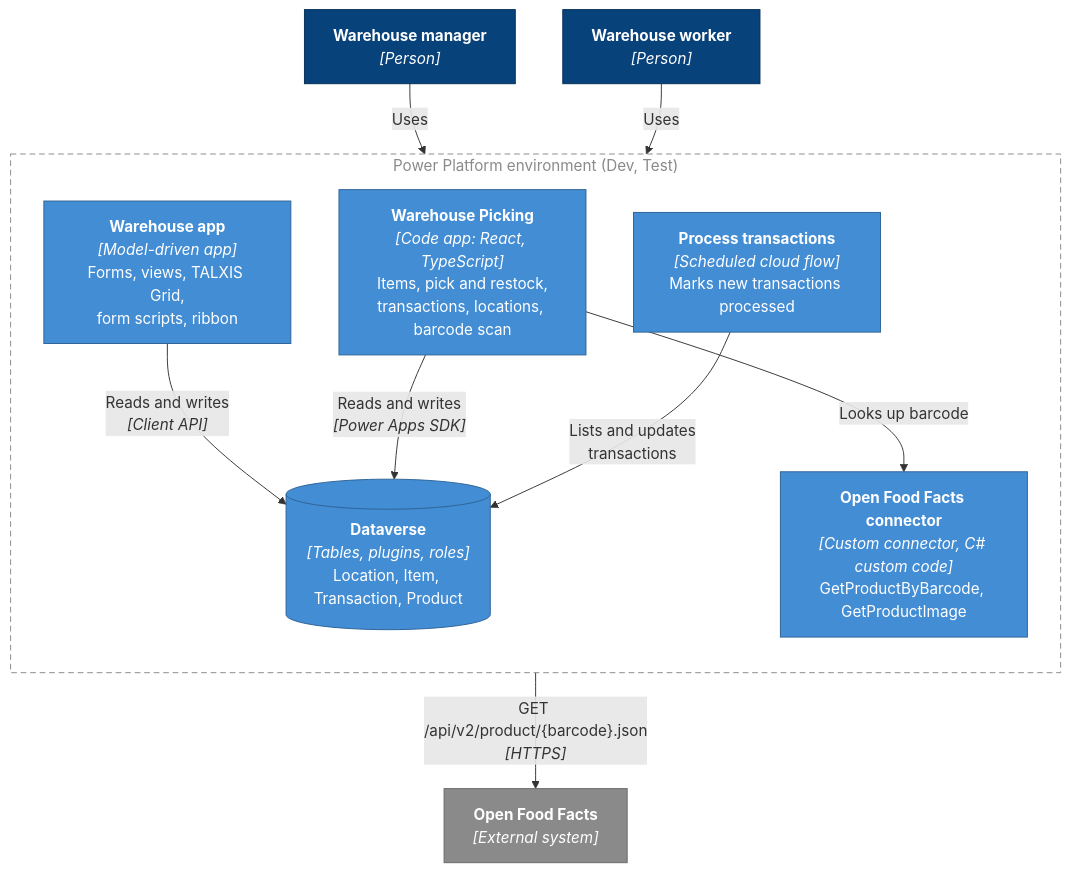
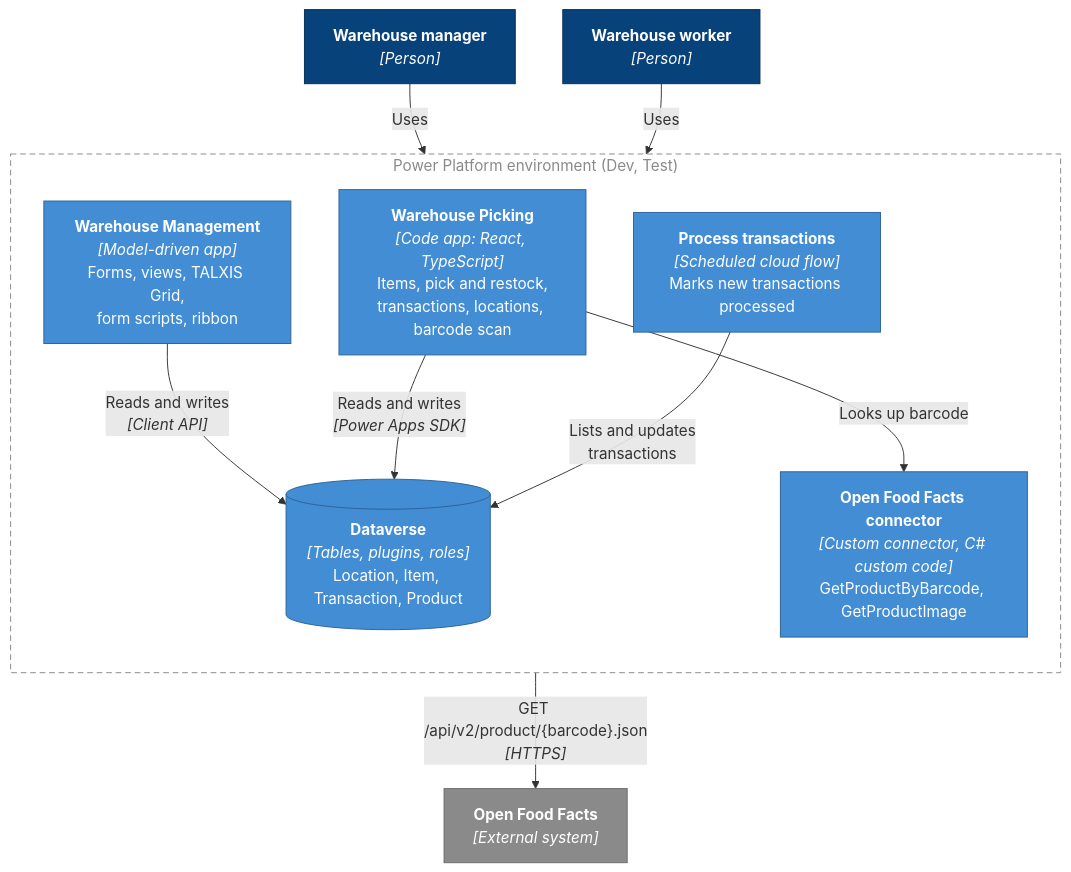
Before and after one commit to ANyingifa/lab: the second of 4 diagrams in docs/design/00-solution-architecture.md, drawn with Mermaid. The commit also changed other lines of this file and 15 other files, not shown here.

````diff
--- a/docs/design/00-solution-architecture.md
+++ b/docs/design/00-solution-architecture.md
@@ -69,32 +69,32 @@
 ```mermaid
 flowchart TB
   manager["<b>Warehouse manager</b><br/><i>[Person]</i>"]
   worker["<b>Warehouse worker</b><br/><i>[Person]</i>"]
 
   subgraph pp["Power Platform environment (Dev, Test)"]
     direction TB
-    mda["<b>Warehouse app</b><br/><i>[Model-driven app]</i><br/>Forms, views, TALXIS Grid,<br/>form scripts, ribbon"]
+    mda["<b>Warehouse Management</b><br/><i>[Model-driven app]</i><br/>Forms, views, TALXIS Grid,<br/>form scripts, ribbon"]
     code["<b>Warehouse Picking</b><br/><i>[Code app: React, TypeScript]</i><br/>Items, pick and restock,<br/>transactions, locations, barcode scan"]
     conn["<b>Open Food Facts connector</b><br/><i>[Custom connector, C# custom code]</i><br/>GetProductByBarcode, GetProductImage"]
     flow["<b>Process transactions</b><br/><i>[Scheduled cloud flow]</i><br/>Marks new transactions processed"]
     dv[("<b>Dataverse</b><br/><i>[Tables, plugins, roles]</i><br/>Location, Item, Transaction, Product")]
   end
 
   off["<b>Open Food Facts</b><br/><i>[External system]</i>"]
 
   manager -- "Uses" --> mda
   worker -- "Uses" --> code
   mda -- "Reads and writes<br/><i>[Client API]</i>" --> dv
   code -- "Reads and writes<br/><i>[Power Apps SDK]</i>" --> dv
   code -- "Looks up barcode" --> conn
   flow -- "Lists and updates<br/>transactions" --> dv
   conn -- "GET /api/v2/product/{barcode}.json<br/><i>[HTTPS]</i>" --> off
 
   classDef person fill:#08427b,stroke:#052e56,color:#ffffff
   classDef container fill:#438dd5,stroke:#2e6295,color:#ffffff
   classDef external fill:#8a8a8a,stroke:#6b6b6b,color:#ffffff
   class manager,worker person
   class mda,code,conn,flow,dv container
   class off external
   style pp fill:none,stroke:#888888,stroke-dasharray:6 4,color:#8a8a8a
 ```
````
